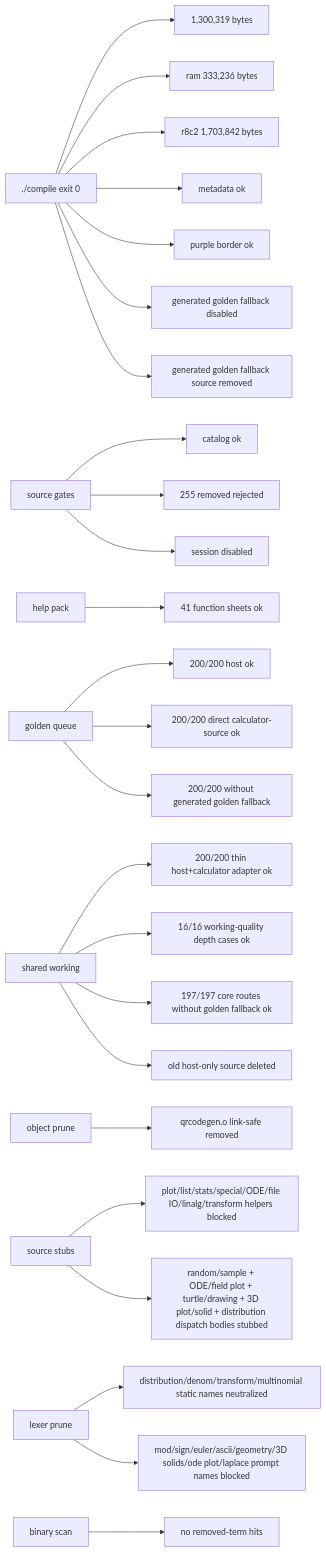
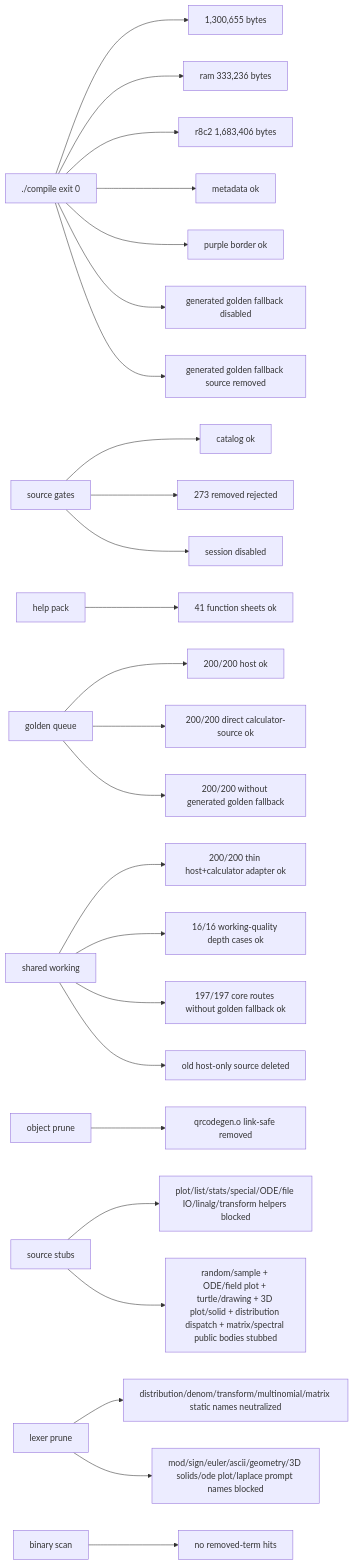
One commit to james8464/notes-addin-casio-fx-cg50 changed the seventh of 7 diagrams in docs/GRAPH.md. Above: the diagram before and after it, drawn with Mermaid. The commit also changed other lines of this file and 11 other files, not shown here.

Commit message:
prune: stub matrix spectral public commands

````diff
--- a/docs/GRAPH.md
+++ b/docs/GRAPH.md
@@ -168,27 +170,27 @@
 ```mermaid
 graph LR
-  Build["./compile exit 0"] --> Size["1,300,319 bytes"]
+  Build["./compile exit 0"] --> Size["1,300,655 bytes"]
   Build --> Ram["ram 333,236 bytes"]
-  Build --> R8C2["r8c2 1,703,842 bytes"]
+  Build --> R8C2["r8c2 1,683,406 bytes"]
   Build --> Meta["metadata ok"]
   Build --> Border["purple border ok"]
   Build --> NoRuntimeFallback["generated golden fallback disabled"]
   Build --> NoRuntimeSource["generated golden fallback source removed"]
   Source["source gates"] --> Catalog["catalog ok"]
-  Source --> Removed["255 removed rejected"]
+  Source --> Removed["273 removed rejected"]
   Source --> Session["session disabled"]
   Help["help pack"] --> HelpQ["41 function sheets ok"]
   Queue["golden queue"] --> QueueRun["200/200 host ok"]
   Queue --> GoldenRun["200/200 direct calculator-source ok"]
   Queue --> NoGolden["200/200 without generated golden fallback"]
   Shared["shared working"] --> SharedRun["200/200 thin host+calculator adapter ok"]
   Shared --> WorkQ["16/16 working-quality depth cases ok"]
   Shared --> CoreRun["197/197 core routes without golden fallback ok"]
   Shared --> NoHostSrc["old host-only source deleted"]
   Obj["object prune"] --> QR["qrcodegen.o link-safe removed"]
   Macro["source stubs"] --> Stubbed["plot/list/stats/special/ODE/file IO/linalg/transform helpers blocked"]
-  Macro --> RuntimeStubbed["random/sample + ODE/field plot + turtle/drawing + 3D plot/solid + distribution dispatch bodies stubbed"]
-  Static["lexer prune"] --> StaticRun["distribution/denom/transform/multinomial static names neutralized"]
+  Macro --> RuntimeStubbed["random/sample + ODE/field plot + turtle/drawing + 3D plot/solid + distribution dispatch + matrix/spectral public bodies stubbed"]
+  Static["lexer prune"] --> StaticRun["distribution/denom/transform/multinomial/matrix static names neutralized"]
   Static --> PromptRun["mod/sign/euler/ascii/geometry/3D solids/ode plot/laplace prompt names blocked"]
   Bin["binary scan"] --> NoLeak["no removed-term hits"]
 ```
````
